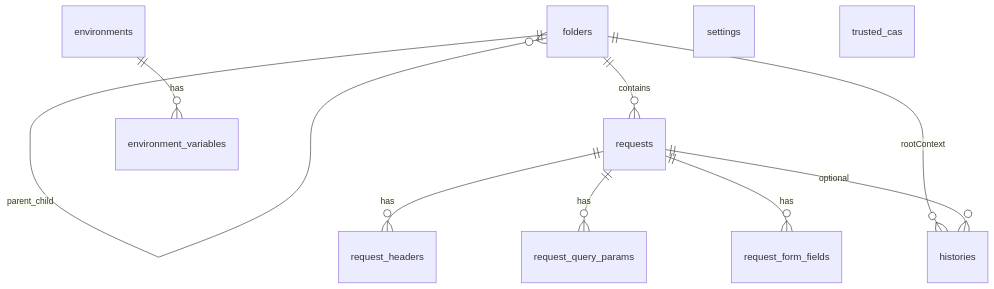
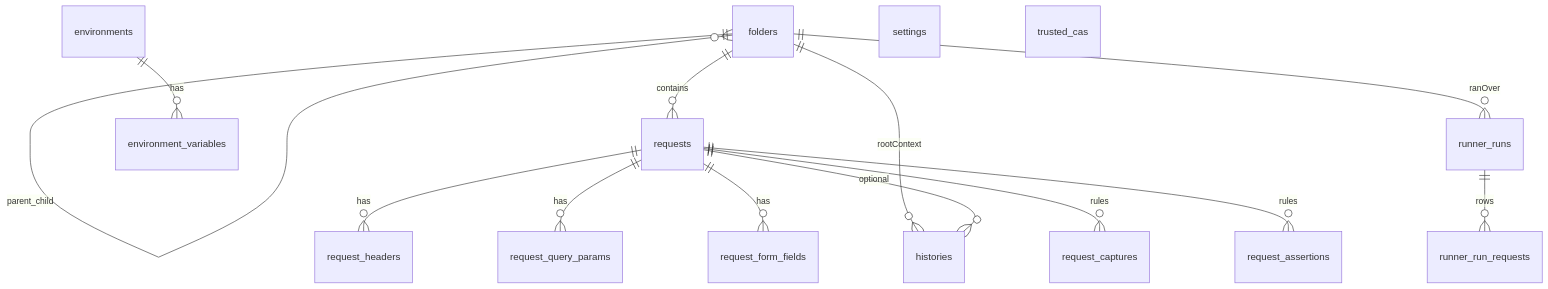
One commit to flytthesky93/PostmanJanai changed the diagram in .cursor/plans/data-model-and-delivery-status.md. Above: the diagram before and after it, drawn with Mermaid. The commit also changed other lines of this file and 93 other files, not shown here.

Commit message:
update history view when run runner

````diff
--- a/.cursor/plans/data-model-and-delivery-status.md
+++ b/.cursor/plans/data-model-and-delivery-status.md
@@ -196,13 +262,17 @@
 ```mermaid
 erDiagram
   folders ||--o{ folders : parent_child
   folders ||--o{ requests : contains
   folders ||--o{ histories : rootContext
   requests ||--o{ request_headers : has
   requests ||--o{ request_query_params : has
   requests ||--o{ request_form_fields : has
   requests ||--o{ histories : optional
   environments ||--o{ environment_variables : has
   settings
   trusted_cas
+  requests ||--o{ request_captures : rules
+  requests ||--o{ request_assertions : rules
+  folders ||--o{ runner_runs : ranOver
+  runner_runs ||--o{ runner_run_requests : rows
 ```
````
